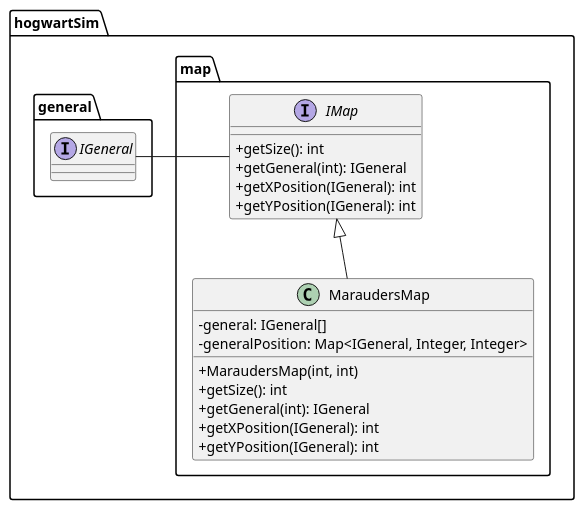
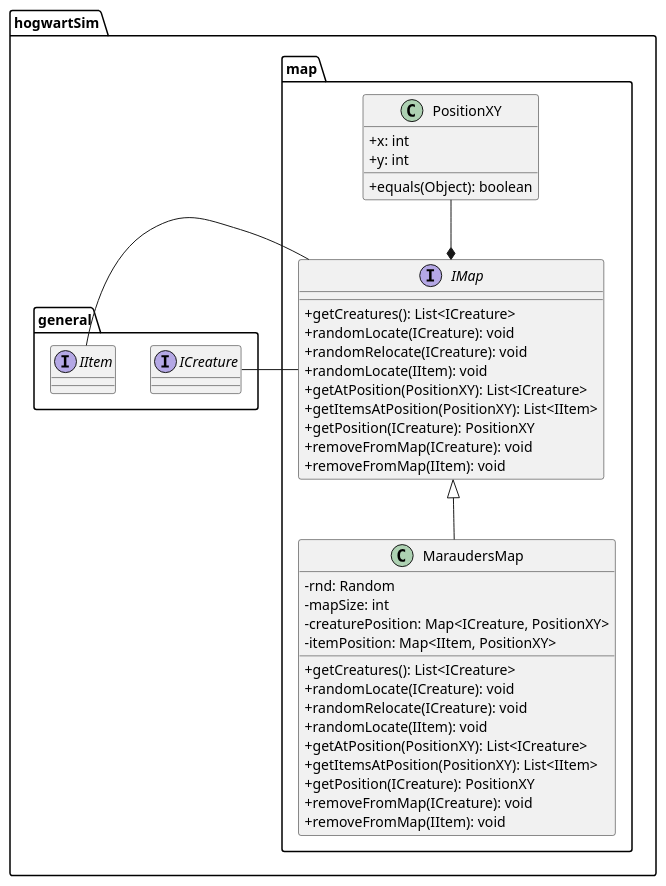
One commit to bauerkamil/hogwartSim changed the diagram in diagrams/class-general/src/class-map.puml. Above: the diagram before and after it, drawn with PlantUML. The commit also changed 29 other files, not shown here.

Commit message:
Diagrams 2.0

```diff
--- a/diagrams/class-general/src/class-map.puml
+++ b/diagrams/class-general/src/class-map.puml
@@ -1,30 +1,50 @@
 @startuml
 'https://plantuml.com/class-diagram
 
 skinparam classAttributeIconSize 0
 
 package hogwartSim.map{
     interface IMap{
-        +getSize(): int
-        +getGeneral(int): IGeneral
-        +getXPosition(IGeneral): int
-        +getYPosition(IGeneral): int
+            + getCreatures(): List<ICreature>
+            + randomLocate(ICreature): void
+            + randomRelocate(ICreature): void
+            + randomLocate(IItem): void
+            + getAtPosition(PositionXY): List<ICreature>
+            + getItemsAtPosition(PositionXY): List<IItem>
+            + getPosition(ICreature): PositionXY
+            + removeFromMap(ICreature): void
+            + removeFromMap(IItem): void
     }
     class MaraudersMap{
-        -general: IGeneral[]
-        -generalPosition: Map<IGeneral, Integer, Integer>
+        - rnd: Random
+        - mapSize: int
+        - creaturePosition: Map<ICreature, PositionXY>
+        - itemPosition: Map<IItem, PositionXY>
 
-        +MaraudersMap(int, int)
-        +getSize(): int
-        +getGeneral(int): IGeneral
-        +getXPosition(IGeneral): int
-        +getYPosition(IGeneral): int
-}
+        + getCreatures(): List<ICreature>
+        + randomLocate(ICreature): void
+        + randomRelocate(ICreature): void
+        + randomLocate(IItem): void
+        + getAtPosition(PositionXY): List<ICreature>
+        + getItemsAtPosition(PositionXY): List<IItem>
+        + getPosition(ICreature): PositionXY
+        + removeFromMap(ICreature): void
+        + removeFromMap(IItem): void
+    }
+    class PositionXY{
+        + x: int
+        +y: int
+        +equals(Object): boolean
+    }
+
 IMap <|-- MaraudersMap
+PositionXY --* IMap
 }
 package hogwartSim.general{
-    interface IGeneral
+    interface ICreature
+    interface IItem
 }
-IMap - IGeneral
+IMap - ICreature
+IMap - IItem
 
 @enduml
```
